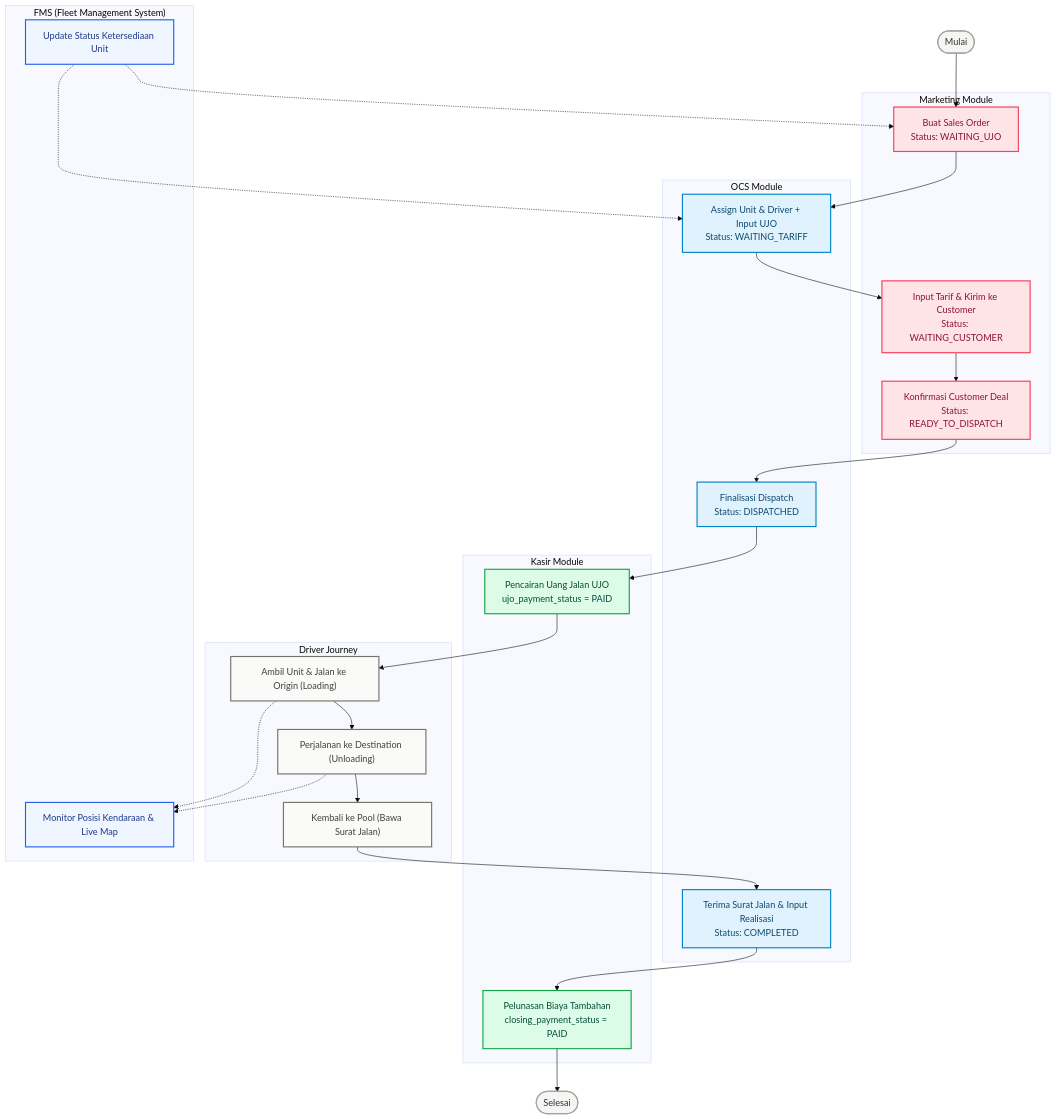
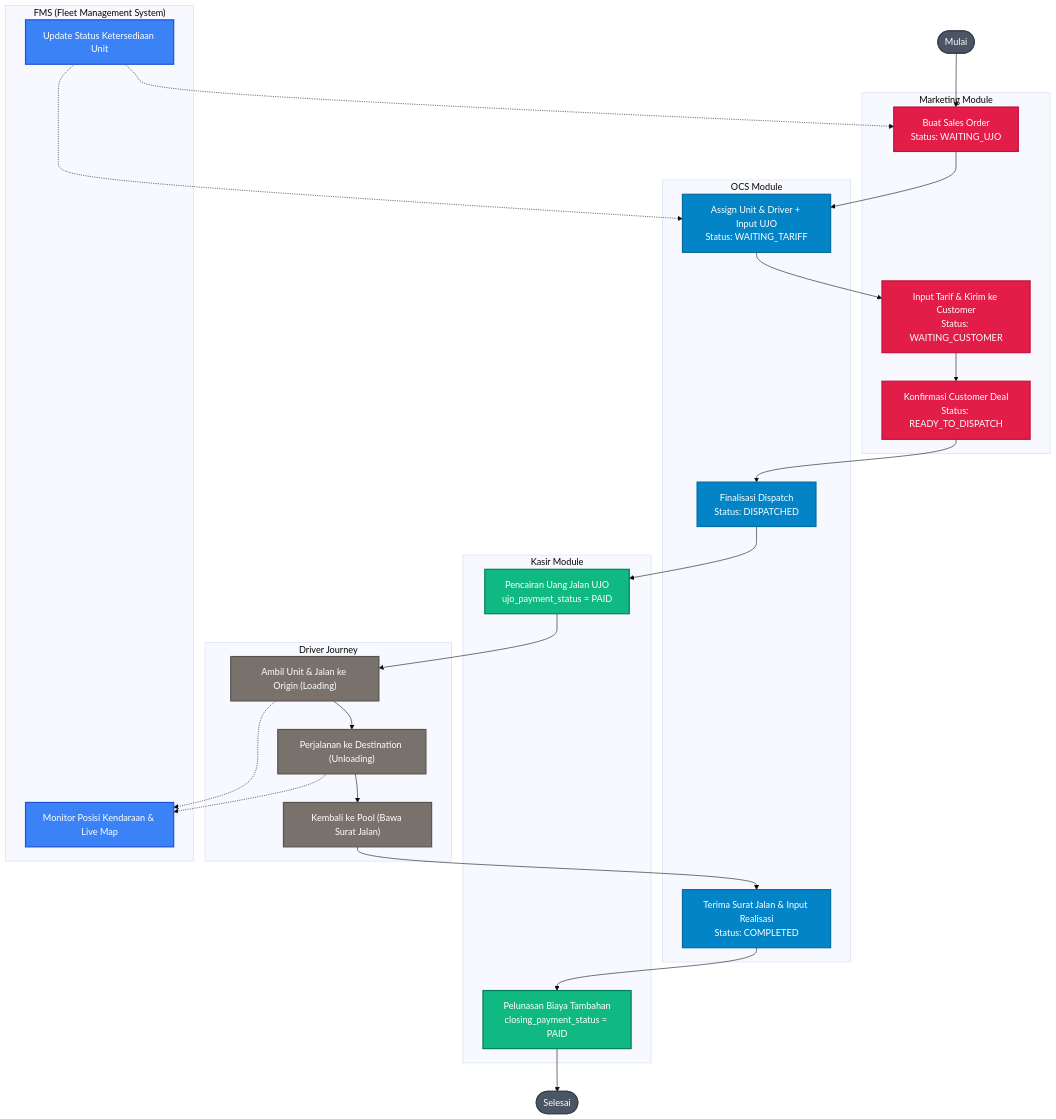
One commit to itbcslogistics/erp-documentation changed the second of 6 diagrams in docs/alur_bisnis.md. Above: the diagram before and after it, drawn with Mermaid (base theme). The commit also changed other lines of this file, not shown here.

Commit message:
Fix text visibility in dark mode by using rich vibrant solid background colors and forcing white text inside flowchart nodes

````diff
--- a/docs/alur_bisnis.md
+++ b/docs/alur_bisnis.md
@@ -41,76 +41,76 @@
 ```mermaid
 flowchart TD
     %% Nodes
     Start(["Mulai"]) --> M1
     
     %% Marketing
     subgraph "Marketing Module"
         M1["Buat Sales Order<br/>Status: WAITING_UJO"]
         M3["Input Tarif & Kirim ke Customer<br/>Status: WAITING_CUSTOMER"]
         M4["Konfirmasi Customer Deal<br/>Status: READY_TO_DISPATCH"]
     end
 
     %% OCS
     subgraph "OCS Module"
         O1["Assign Unit & Driver + Input UJO<br/>Status: WAITING_TARIFF"]
         O2["Finalisasi Dispatch<br/>Status: DISPATCHED"]
         O3["Terima Surat Jalan & Input Realisasi<br/>Status: COMPLETED"]
     end
 
     %% Kasir
     subgraph "Kasir Module"
         K1["Pencairan Uang Jalan UJO<br/>ujo_payment_status = PAID"]
         K2["Pelunasan Biaya Tambahan<br/>closing_payment_status = PAID"]
     end
 
     %% Driver Execution
     subgraph "Driver Journey"
         D1["Ambil Unit & Jalan ke Origin (Loading)"]
         D2["Perjalanan ke Destination (Unloading)"]
         D3["Kembali ke Pool (Bawa Surat Jalan)"]
     end
 
     %% FMS Monitoring
     subgraph "FMS (Fleet Management System)"
         F1["Monitor Posisi Kendaraan & Live Map"]
         F2["Update Status Ketersediaan Unit"]
     end
 
     %% Flow Connections
     M1 --> O1
     O1 --> M3
     M3 --> M4
     M4 --> O2
     O2 --> K1
     K1 --> D1
     
     %% Driver Execution Cycle
     D1 --> D2
     D2 --> D3
     D3 --> O3
     
     %% Closing
     O3 --> K2
     K2 --> End(["Selesai"])
 
     %% Monitoring Links (Implicit)
     D1 -.-> F1
     D2 -.-> F1
     F2 -.-> M1
     F2 -.-> O1
 
     %% Styling
-    classDef marketing fill:#ffe4e6,stroke:#f43f5e,stroke-width:2px,color:#881337
-    classDef ocs fill:#e0f2fe,stroke:#0284c7,stroke-width:2px,color:#0c4a6e
-    classDef kasir fill:#dcfce7,stroke:#16a34a,stroke-width:2px,color:#064e3b
-    classDef fms fill:#eff6ff,stroke:#2563eb,stroke-width:2px,color:#1e3a8a
-    classDef driver fill:#fafaf9,stroke:#78716c,stroke-width:2px,color:#44403c
-    classDef startEnd fill:#f5f5f4,stroke:#a8a29e,stroke-width:2px
+    classDef marketing fill:#e11d48,stroke:#be123c,stroke-width:2px,color:#ffffff
+    classDef ocs fill:#0284c7,stroke:#0369a1,stroke-width:2px,color:#ffffff
+    classDef kasir fill:#10b981,stroke:#047857,stroke-width:2px,color:#ffffff
+    classDef fms fill:#3b82f6,stroke:#1d4ed8,stroke-width:2px,color:#ffffff
+    classDef driver fill:#78716c,stroke:#57534e,stroke-width:2px,color:#ffffff
+    classDef startEnd fill:#4b5563,stroke:#374151,stroke-width:2px,color:#ffffff
 
     class M1,M3,M4 marketing
     class O1,O2,O3 ocs
     class K1,K2 kasir
     class D1,D2,D3 driver
     class F1,F2 fms
     class Start,End startEnd
 ```
````
